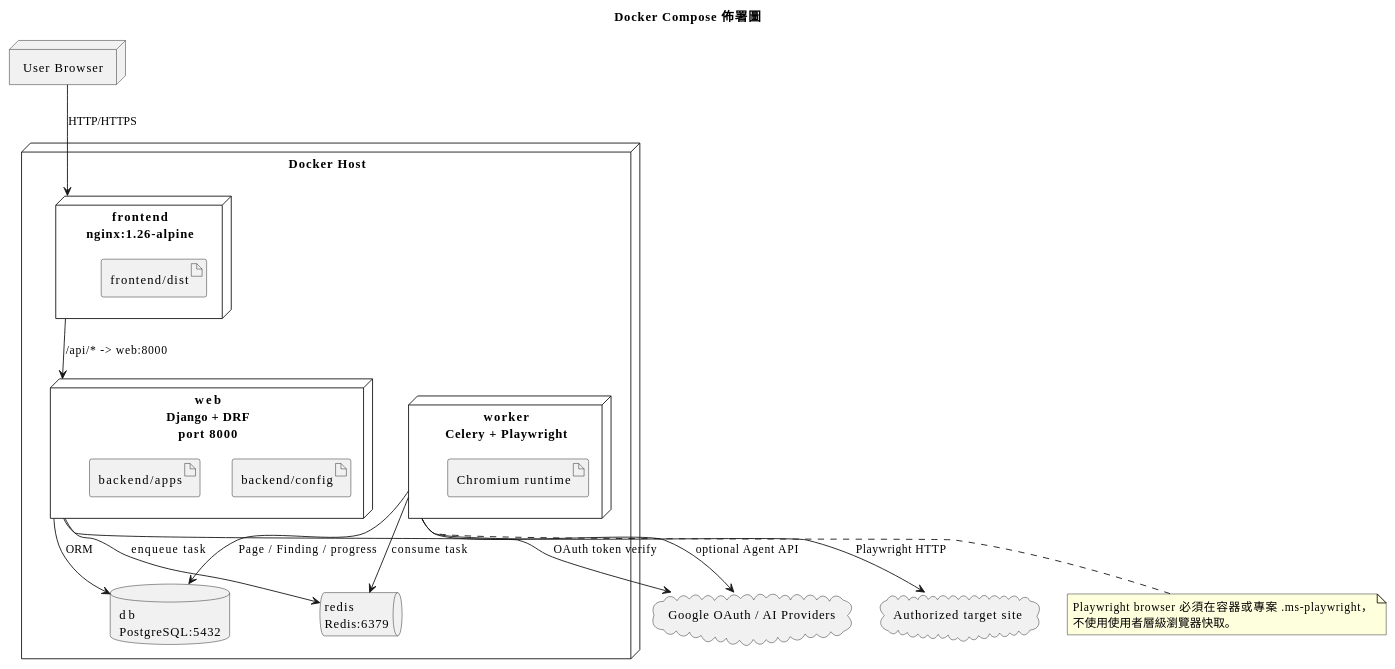
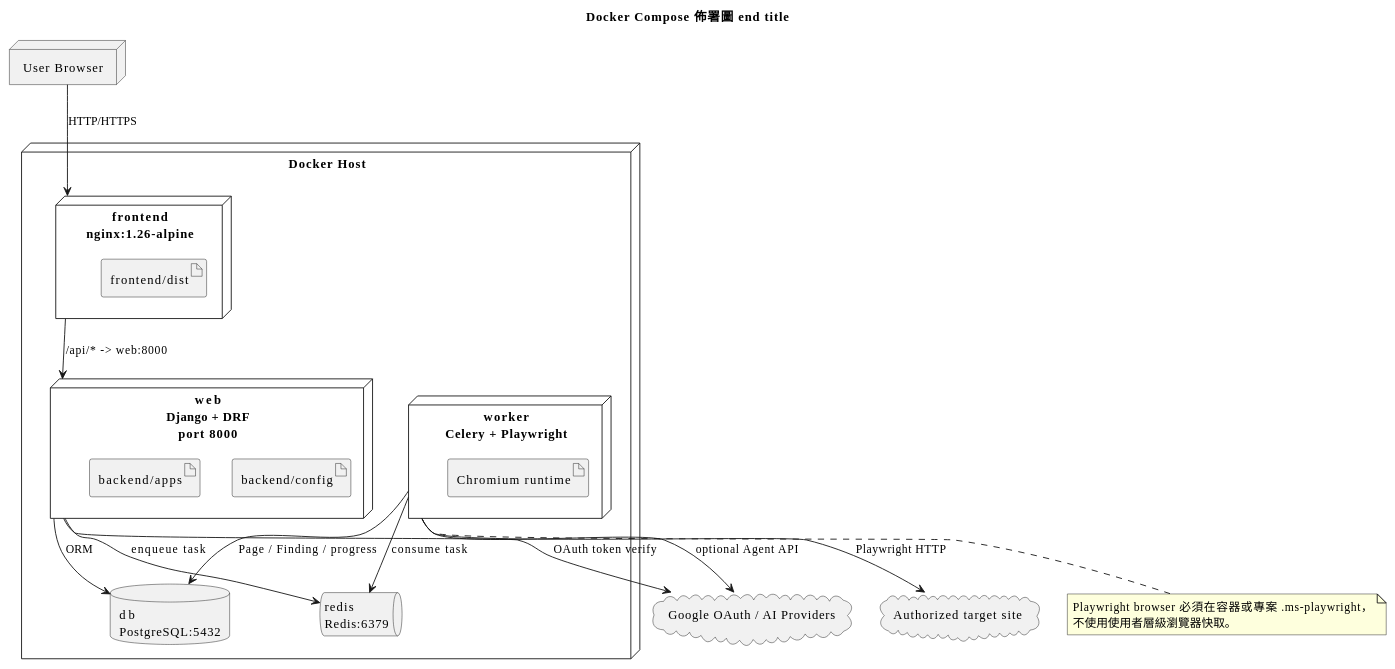
The ninth of 13 diagrams in PlantUML.md (Djude1/Argus), drawn with PlantUML before and after one commit. The commit also changed other lines of this file, not shown here.

````diff
--- a/PlantUML.md
+++ b/PlantUML.md
@@ -644,45 +644,45 @@
 ```plantuml
 @startuml
-title Docker Compose 佈署圖
+title Docker Compose 佈署圖 end title
 skinparam defaultFontName Microsoft JhengHei
 skinparam shadowing false
 
 node "User Browser" as Browser
 
 node "Docker Host" {
   node "frontend\nnginx:1.26-alpine" as Frontend {
     artifact "frontend/dist" as Dist
   }
 
   node "web\nDjango + DRF\nport 8000" as Web {
     artifact "backend/config"
     artifact "backend/apps"
   }
 
   node "worker\nCelery + Playwright" as Worker {
     artifact "Chromium runtime"
   }
 
   database "db\nPostgreSQL:5432" as DB
   queue "redis\nRedis:6379" as Redis
 }
 
 cloud "Authorized target site" as Target
 cloud "Google OAuth / AI Providers" as Provider
 
 Browser --> Frontend : HTTP/HTTPS
 Frontend --> Web : /api/* -> web:8000
 Web --> DB : ORM
 Web --> Redis : enqueue task
 Worker --> Redis : consume task
 Worker --> DB : Page / Finding / progress
 Worker --> Target : Playwright HTTP
 Web --> Provider : OAuth token verify
 Worker --> Provider : optional Agent API
 
 note bottom of Worker
   Playwright browser 必須在容器或專案 .ms-playwright，
   不使用使用者層級瀏覽器快取。
 end note
 @enduml
 ```
````
